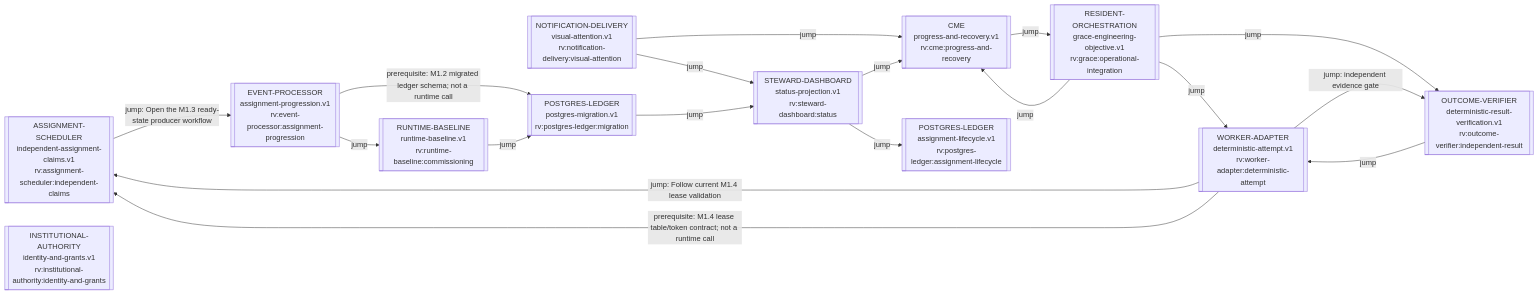
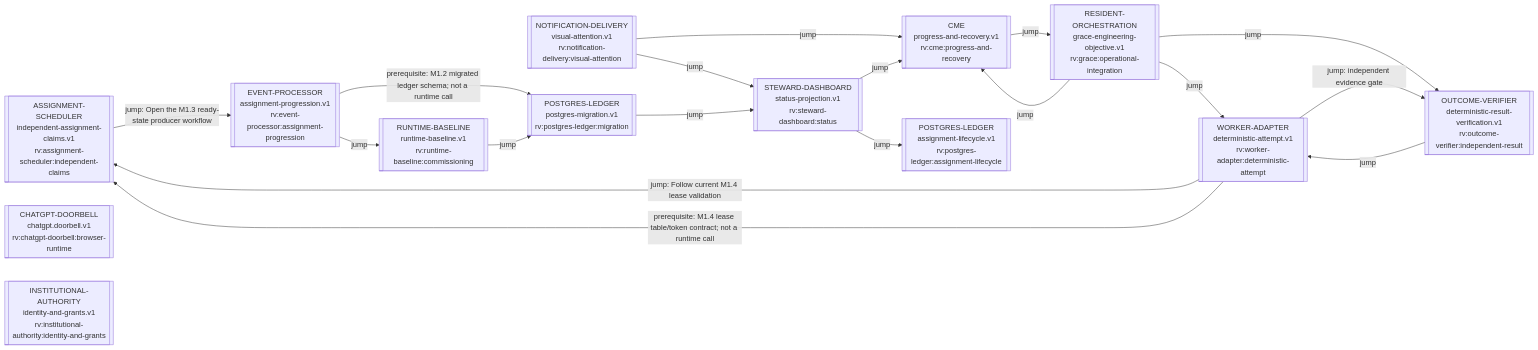
One commit to ppow1/Riverview- changed the diagram in process_graphs/generated/RIVERVIEW_PROCESS_GRAPH.md. Above: the diagram before and after it, drawn with Mermaid. The commit also changed other lines of this file and 20 other files, not shown here.

Commit message:
Add Ubuntu ChatGPT doorbell runtime

````diff
--- a/process_graphs/generated/RIVERVIEW_PROCESS_GRAPH.md
+++ b/process_graphs/generated/RIVERVIEW_PROCESS_GRAPH.md
@@ -9,32 +9,33 @@
 ```mermaid
 flowchart LR
   g_rv_assignment_scheduler_independent_claims_88bd80c4[["ASSIGNMENT-SCHEDULER<br/>independent-assignment-claims.v1<br/>rv:assignment-scheduler:independent-claims"]]
+  g_rv_chatgpt_doorbell_browser_runtime_b8102058[["CHATGPT-DOORBELL<br/>chatgpt.doorbell.v1<br/>rv:chatgpt-doorbell:browser-runtime"]]
   g_rv_cme_progress_and_recovery_402efffa[["CME<br/>progress-and-recovery.v1<br/>rv:cme:progress-and-recovery"]]
   g_rv_event_processor_assignment_progression_fa10db2d[["EVENT-PROCESSOR<br/>assignment-progression.v1<br/>rv:event-processor:assignment-progression"]]
   g_rv_grace_operational_integration_9989f0be[["RESIDENT-ORCHESTRATION<br/>grace-engineering-objective.v1<br/>rv:grace:operational-integration"]]
   g_rv_institutional_authority_identity_and_grants_05fdf0c5[["INSTITUTIONAL-AUTHORITY<br/>identity-and-grants.v1<br/>rv:institutional-authority:identity-and-grants"]]
   g_rv_notification_delivery_visual_attention_3f4f84d2[["NOTIFICATION-DELIVERY<br/>visual-attention.v1<br/>rv:notification-delivery:visual-attention"]]
   g_rv_outcome_verifier_independent_result_1d5c0875[["OUTCOME-VERIFIER<br/>deterministic-result-verification.v1<br/>rv:outcome-verifier:independent-result"]]
   g_rv_postgres_ledger_assignment_lifecycle_a9a01b67[["POSTGRES-LEDGER<br/>assignment-lifecycle.v1<br/>rv:postgres-ledger:assignment-lifecycle"]]
   g_rv_postgres_ledger_migration_4c89ef23[["POSTGRES-LEDGER<br/>postgres-migration.v1<br/>rv:postgres-ledger:migration"]]
   g_rv_runtime_baseline_commissioning_46ff1ccf[["RUNTIME-BASELINE<br/>runtime-baseline.v1<br/>rv:runtime-baseline:commissioning"]]
   g_rv_steward_dashboard_status_75f7c259[["STEWARD-DASHBOARD<br/>status-projection.v1<br/>rv:steward-dashboard:status"]]
   g_rv_worker_adapter_deterministic_attempt_15d59b6f[["WORKER-ADAPTER<br/>deterministic-attempt.v1<br/>rv:worker-adapter:deterministic-attempt"]]
   g_rv_assignment_scheduler_independent_claims_88bd80c4 -->|jump: Open the M1.3 ready-state producer workflow| g_rv_event_processor_assignment_progression_fa10db2d
   g_rv_cme_progress_and_recovery_402efffa -->|jump| g_rv_grace_operational_integration_9989f0be
   g_rv_event_processor_assignment_progression_fa10db2d -->|prerequisite: M1.2 migrated ledger schema; not a runtime call| g_rv_postgres_ledger_migration_4c89ef23
   g_rv_event_processor_assignment_progression_fa10db2d -->|jump| g_rv_runtime_baseline_commissioning_46ff1ccf
   g_rv_grace_operational_integration_9989f0be -->|jump| g_rv_worker_adapter_deterministic_attempt_15d59b6f
   g_rv_grace_operational_integration_9989f0be -->|jump| g_rv_cme_progress_and_recovery_402efffa
   g_rv_grace_operational_integration_9989f0be -->|jump| g_rv_outcome_verifier_independent_result_1d5c0875
   g_rv_notification_delivery_visual_attention_3f4f84d2 -->|jump| g_rv_cme_progress_and_recovery_402efffa
   g_rv_notification_delivery_visual_attention_3f4f84d2 -->|jump| g_rv_steward_dashboard_status_75f7c259
   g_rv_outcome_verifier_independent_result_1d5c0875 -->|jump| g_rv_worker_adapter_deterministic_attempt_15d59b6f
   g_rv_postgres_ledger_migration_4c89ef23 -->|jump| g_rv_steward_dashboard_status_75f7c259
   g_rv_runtime_baseline_commissioning_46ff1ccf -->|jump| g_rv_postgres_ledger_migration_4c89ef23
   g_rv_steward_dashboard_status_75f7c259 -->|jump| g_rv_postgres_ledger_assignment_lifecycle_a9a01b67
   g_rv_steward_dashboard_status_75f7c259 -->|jump| g_rv_cme_progress_and_recovery_402efffa
   g_rv_worker_adapter_deterministic_attempt_15d59b6f -->|jump: Follow current M1.4 lease validation| g_rv_assignment_scheduler_independent_claims_88bd80c4
   g_rv_worker_adapter_deterministic_attempt_15d59b6f -->|prerequisite: M1.4 lease table/token contract; not a runtime call| g_rv_assignment_scheduler_independent_claims_88bd80c4
   g_rv_worker_adapter_deterministic_attempt_15d59b6f -->|jump: independent evidence gate| g_rv_outcome_verifier_independent_result_1d5c0875
 ```
````
